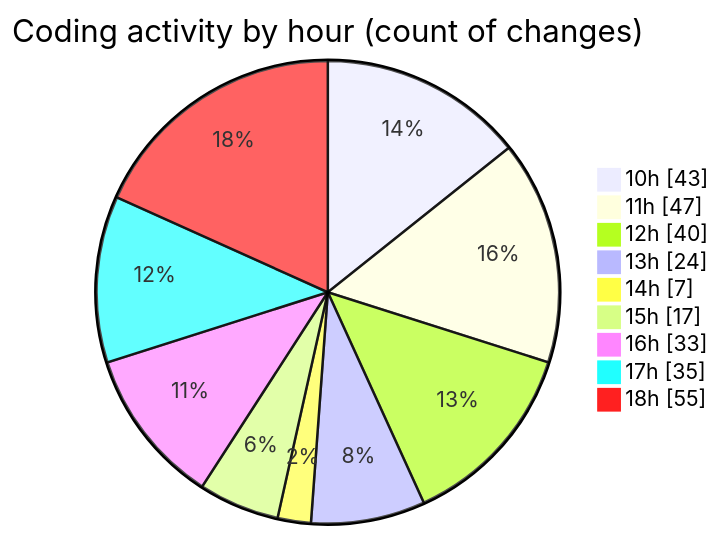
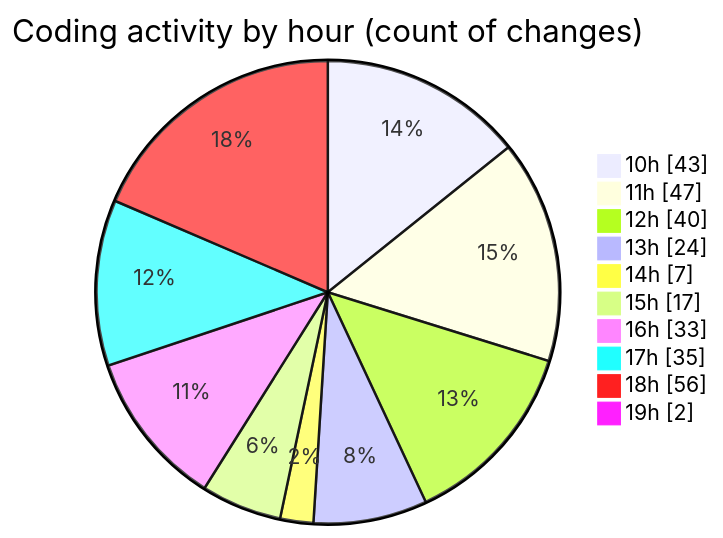
One commit to momahboobian/code-tracking changed the second of 2 diagrams in 2025-02-10/cda/README.md. Above: the diagram before and after it, drawn with Mermaid. The commit also changed other lines of this file and 1 other file, not shown here.

````diff
--- a/2025-02-10/cda/README.md
+++ b/2025-02-10/cda/README.md
@@ -35,13 +35,14 @@
 ```mermaid
 pie showData
 title Coding activity by hour (count of changes)
 "10h" : 43
 "11h" : 47
 "12h" : 40
 "13h" : 24
 "14h" : 7
 "15h" : 17
 "16h" : 33
 "17h" : 35
-"18h" : 55
+"18h" : 56
+"19h" : 2
 ```
````
